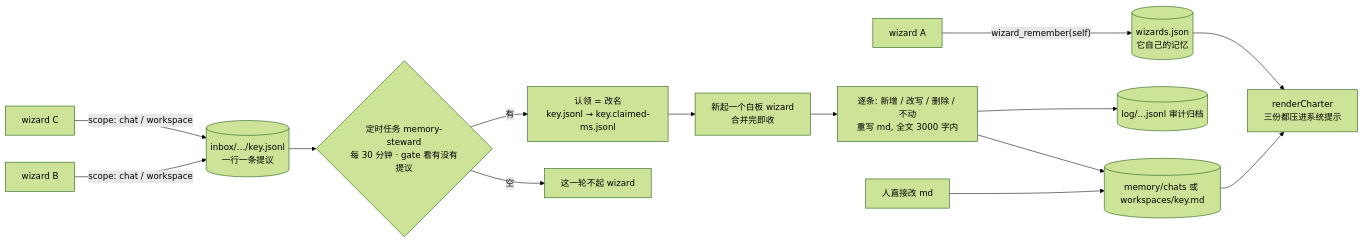
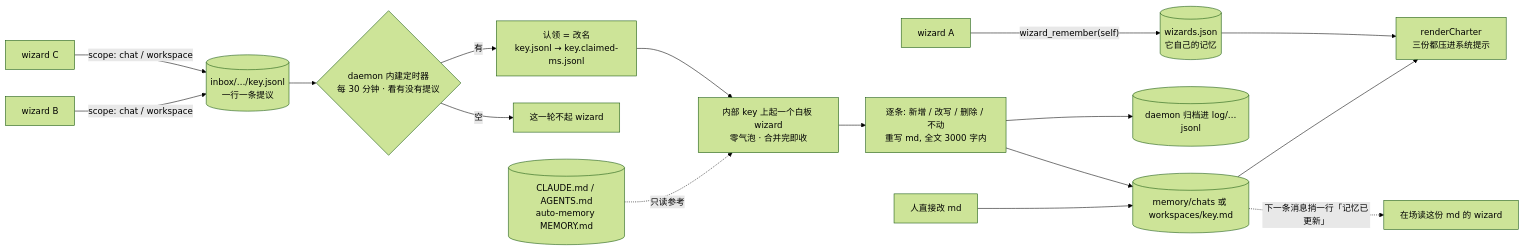
The sixth of 16 diagrams in 技术说明.md (guxi11/wezard), drawn with Mermaid (forest theme) before and after one commit. The commit also changed other lines of this file and 5 other files, not shown here.

First line of the commit message:
docs: README 换 hero 与镜像配图, 按 2.3–2.4 的变更更新 README / 技术说明 / 审批配置

````diff
--- a/技术说明.md
+++ b/技术说明.md
@@ -187,16 +187,18 @@
 ```mermaid
 flowchart LR
     w1["wizard A"] -- "wizard_remember(self)" --> reg[("wizards.json<br/>它自己的记忆")]
     w2["wizard B"] -- "scope: chat / workspace" --> inbox[("inbox/…/key.jsonl<br/>一行一条提议")]
     w3["wizard C"] -- "scope: chat / workspace" --> inbox
-    inbox --> gate{"定时任务 memory-steward<br/>每 30 分钟 · gate 看有没有提议"}
+    inbox --> gate{"daemon 内建定时器<br/>每 30 分钟 · 看有没有提议"}
     gate -- "空" --> skip["这一轮不起 wizard"]
     gate -- "有" --> claim["认领 = 改名<br/>key.jsonl → key.claimed-ms.jsonl"]
-    claim --> fresh["新起一个白板 wizard<br/>合并完即收"]
+    claim --> fresh["内部 key 上起一个白板 wizard<br/>零气泡 · 合并完即收"]
+    refs[("CLAUDE.md / AGENTS.md<br/>auto-memory MEMORY.md")] -. 只读参考 .-> fresh
     fresh --> merge["逐条: 新增 / 改写 / 删除 / 不动<br/>重写 md, 全文 3000 字内"]
     merge --> md[("memory/chats 或 workspaces/key.md")]
-    merge --> arch[("log/…jsonl 审计归档")]
+    merge --> arch[("daemon 归档进 log/…jsonl")]
+    md -. "下一条消息捎一行「记忆已更新」" .-> live["在场读这份 md 的 wizard"]
     human["人直接改 md"] --> md
     reg --> charter["renderCharter<br/>三份都压进系统提示"]
     md --> charter
 ```
````
